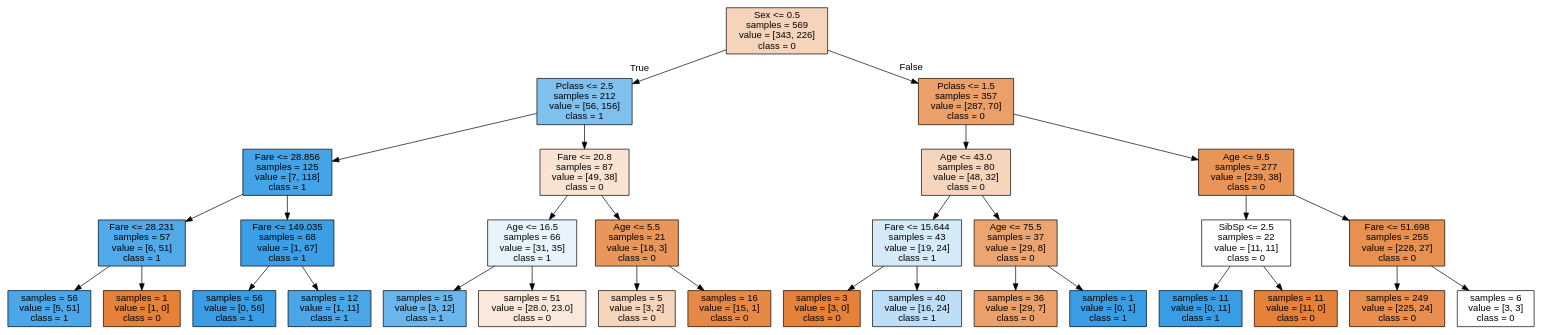
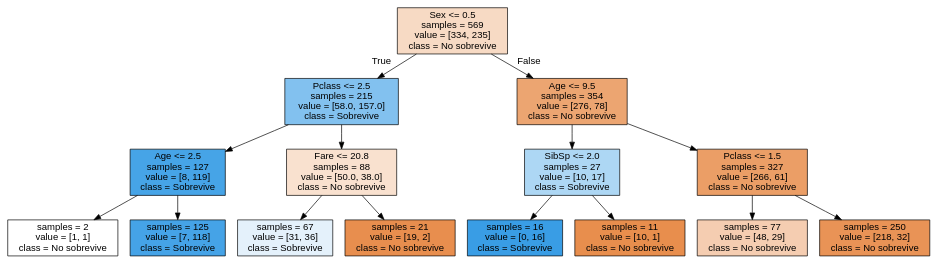
The diagram in ejercicio_final/arbol_titanic.dot (keltoi-dev/ejercicios_datamining), drawn with Graphviz before and after one commit. The commit also changed 2 other files, not shown here.

```diff
--- a/ejercicio_final/arbol_titanic.dot
+++ b/ejercicio_final/arbol_titanic.dot
@@ -1,65 +1,33 @@
 digraph Tree {
 node [shape=box, style="filled", color="black", fontname="helvetica"] ;
 edge [fontname="helvetica"] ;
-0 [label="Sex <= 0.5\nsamples = 569\nvalue = [343, 226]\nclass = 0", fillcolor="#f6d4bb"] ;
-1 [label="Pclass <= 2.5\nsamples = 212\nvalue = [56, 156]\nclass = 1", fillcolor="#80c0ee"] ;
+0 [label="Sex <= 0.5\nsamples = 569\nvalue = [334, 235]\nclass = No sobrevive", fillcolor="#f7dac4"] ;
+1 [label="Pclass <= 2.5\nsamples = 215\nvalue = [58.0, 157.0]\nclass = Sobrevive", fillcolor="#82c1ef"] ;
 0 -> 1 [labeldistance=2.5, labelangle=45, headlabel="True"] ;
-2 [label="Fare <= 28.856\nsamples = 125\nvalue = [7, 118]\nclass = 1", fillcolor="#45a3e7"] ;
+2 [label="Age <= 2.5\nsamples = 127\nvalue = [8, 119]\nclass = Sobrevive", fillcolor="#46a4e7"] ;
 1 -> 2 ;
-3 [label="Fare <= 28.231\nsamples = 57\nvalue = [6, 51]\nclass = 1", fillcolor="#50a9e8"] ;
+3 [label="samples = 2\nvalue = [1, 1]\nclass = No sobrevive", fillcolor="#ffffff"] ;
 2 -> 3 ;
-4 [label="samples = 56\nvalue = [5, 51]\nclass = 1", fillcolor="#4ca7e8"] ;
-3 -> 4 ;
-5 [label="samples = 1\nvalue = [1, 0]\nclass = 0", fillcolor="#e58139"] ;
-3 -> 5 ;
-6 [label="Fare <= 149.035\nsamples = 68\nvalue = [1, 67]\nclass = 1", fillcolor="#3c9ee5"] ;
-2 -> 6 ;
-7 [label="samples = 56\nvalue = [0, 56]\nclass = 1", fillcolor="#399de5"] ;
-6 -> 7 ;
-8 [label="samples = 12\nvalue = [1, 11]\nclass = 1", fillcolor="#4ba6e7"] ;
-6 -> 8 ;
-9 [label="Fare <= 20.8\nsamples = 87\nvalue = [49, 38]\nclass = 0", fillcolor="#f9e3d3"] ;
-1 -> 9 ;
-10 [label="Age <= 16.5\nsamples = 66\nvalue = [31, 35]\nclass = 1", fillcolor="#e8f4fc"] ;
+4 [label="samples = 125\nvalue = [7, 118]\nclass = Sobrevive", fillcolor="#45a3e7"] ;
+2 -> 4 ;
+5 [label="Fare <= 20.8\nsamples = 88\nvalue = [50.0, 38.0]\nclass = No sobrevive", fillcolor="#f9e1cf"] ;
+1 -> 5 ;
+6 [label="samples = 67\nvalue = [31, 36]\nclass = Sobrevive", fillcolor="#e4f1fb"] ;
+5 -> 6 ;
+7 [label="samples = 21\nvalue = [19, 2]\nclass = No sobrevive", fillcolor="#e88e4e"] ;
+5 -> 7 ;
+8 [label="Age <= 9.5\nsamples = 354\nvalue = [276, 78]\nclass = No sobrevive", fillcolor="#eca571"] ;
+0 -> 8 [labeldistance=2.5, labelangle=-45, headlabel="False"] ;
+9 [label="SibSp <= 2.0\nsamples = 27\nvalue = [10, 17]\nclass = Sobrevive", fillcolor="#add7f4"] ;
+8 -> 9 ;
+10 [label="samples = 16\nvalue = [0, 16]\nclass = Sobrevive", fillcolor="#399de5"] ;
 9 -> 10 ;
-11 [label="samples = 15\nvalue = [3, 12]\nclass = 1", fillcolor="#6ab6ec"] ;
-10 -> 11 ;
-12 [label="samples = 51\nvalue = [28.0, 23.0]\nclass = 0", fillcolor="#fae8dc"] ;
-10 -> 12 ;
-13 [label="Age <= 5.5\nsamples = 21\nvalue = [18, 3]\nclass = 0", fillcolor="#e9965a"] ;
-9 -> 13 ;
-14 [label="samples = 5\nvalue = [3, 2]\nclass = 0", fillcolor="#f6d5bd"] ;
-13 -> 14 ;
-15 [label="samples = 16\nvalue = [15, 1]\nclass = 0", fillcolor="#e78946"] ;
-13 -> 15 ;
-16 [label="Pclass <= 1.5\nsamples = 357\nvalue = [287, 70]\nclass = 0", fillcolor="#eba069"] ;
-0 -> 16 [labeldistance=2.5, labelangle=-45, headlabel="False"] ;
-17 [label="Age <= 43.0\nsamples = 80\nvalue = [48, 32]\nclass = 0", fillcolor="#f6d5bd"] ;
-16 -> 17 ;
-18 [label="Fare <= 15.644\nsamples = 43\nvalue = [19, 24]\nclass = 1", fillcolor="#d6ebfa"] ;
-17 -> 18 ;
-19 [label="samples = 3\nvalue = [3, 0]\nclass = 0", fillcolor="#e58139"] ;
-18 -> 19 ;
-20 [label="samples = 40\nvalue = [16, 24]\nclass = 1", fillcolor="#bddef6"] ;
-18 -> 20 ;
-21 [label="Age <= 75.5\nsamples = 37\nvalue = [29, 8]\nclass = 0", fillcolor="#eca470"] ;
-17 -> 21 ;
-22 [label="samples = 36\nvalue = [29, 7]\nclass = 0", fillcolor="#eb9f69"] ;
-21 -> 22 ;
-23 [label="samples = 1\nvalue = [0, 1]\nclass = 1", fillcolor="#399de5"] ;
-21 -> 23 ;
-24 [label="Age <= 9.5\nsamples = 277\nvalue = [239, 38]\nclass = 0", fillcolor="#e99558"] ;
-16 -> 24 ;
-25 [label="SibSp <= 2.5\nsamples = 22\nvalue = [11, 11]\nclass = 0", fillcolor="#ffffff"] ;
-24 -> 25 ;
-26 [label="samples = 11\nvalue = [0, 11]\nclass = 1", fillcolor="#399de5"] ;
-25 -> 26 ;
-27 [label="samples = 11\nvalue = [11, 0]\nclass = 0", fillcolor="#e58139"] ;
-25 -> 27 ;
-28 [label="Fare <= 51.698\nsamples = 255\nvalue = [228, 27]\nclass = 0", fillcolor="#e89050"] ;
-24 -> 28 ;
-29 [label="samples = 249\nvalue = [225, 24]\nclass = 0", fillcolor="#e88e4e"] ;
-28 -> 29 ;
-30 [label="samples = 6\nvalue = [3, 3]\nclass = 0", fillcolor="#ffffff"] ;
-28 -> 30 ;
+11 [label="samples = 11\nvalue = [10, 1]\nclass = No sobrevive", fillcolor="#e88e4d"] ;
+9 -> 11 ;
+12 [label="Pclass <= 1.5\nsamples = 327\nvalue = [266, 61]\nclass = No sobrevive", fillcolor="#eb9e66"] ;
+8 -> 12 ;
+13 [label="samples = 77\nvalue = [48, 29]\nclass = No sobrevive", fillcolor="#f5cdb1"] ;
+12 -> 13 ;
+14 [label="samples = 250\nvalue = [218, 32]\nclass = No sobrevive", fillcolor="#e99356"] ;
+12 -> 14 ;
 }
```
